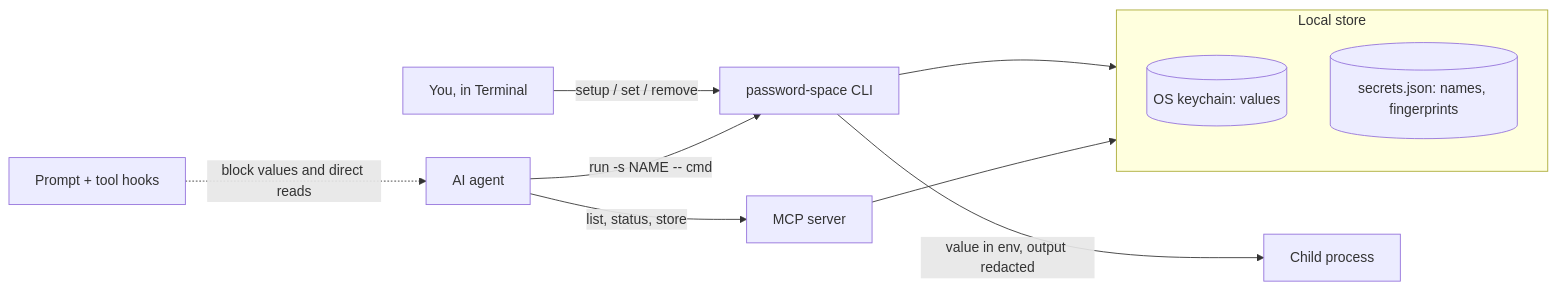
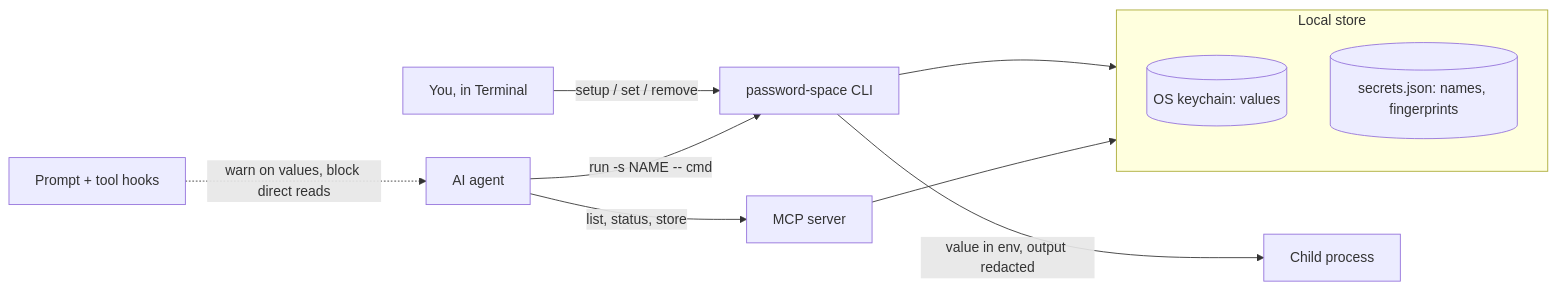
Before and after one commit to vishnutvm/password-space: the diagram in README.md, drawn with Mermaid. The commit also changed other lines of this file and 11 other files, not shown here.

First line of the commit message:
fix(hooks): prompt guard warns instead of blocking

````diff
--- a/README.md
+++ b/README.md
@@ -144,14 +145,14 @@
 ```mermaid
 flowchart LR
   Human[You, in Terminal] -->|setup / set / remove| CLI[password-space CLI]
   CLI --> Store
   subgraph Store[Local store]
     KC[(OS keychain: values)]
     JSON[(secrets.json: names, fingerprints)]
   end
   Agent[AI agent] -->|list, status, store| MCP[MCP server]
   MCP --> Store
   Agent -->|run -s NAME -- cmd| CLI
   CLI -->|value in env, output redacted| Cmd[Child process]
-  Hooks[Prompt + tool hooks] -.->|block values and direct reads| Agent
+  Hooks[Prompt + tool hooks] -.->|warn on values, block direct reads| Agent
 ```
````
